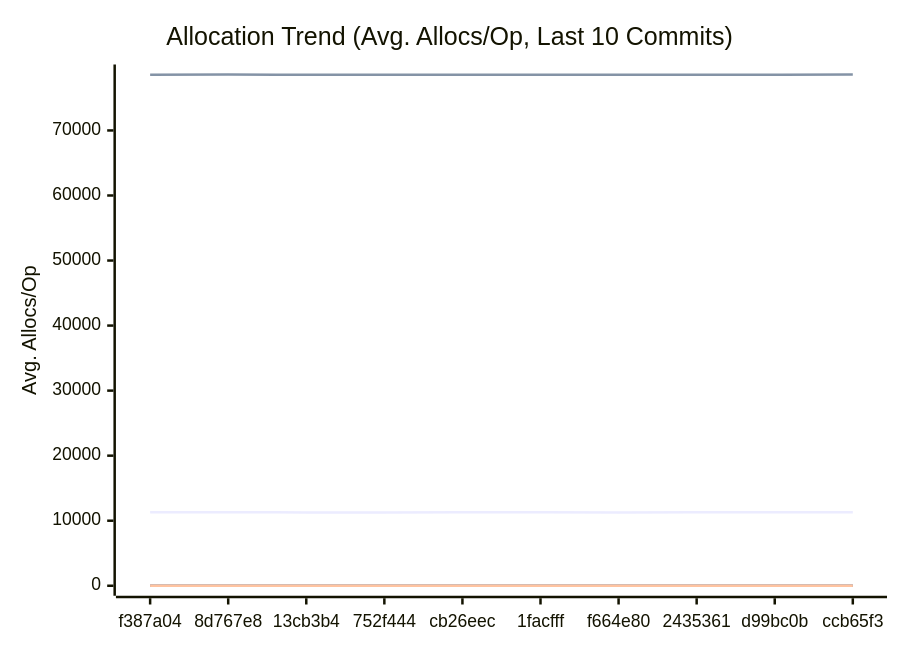
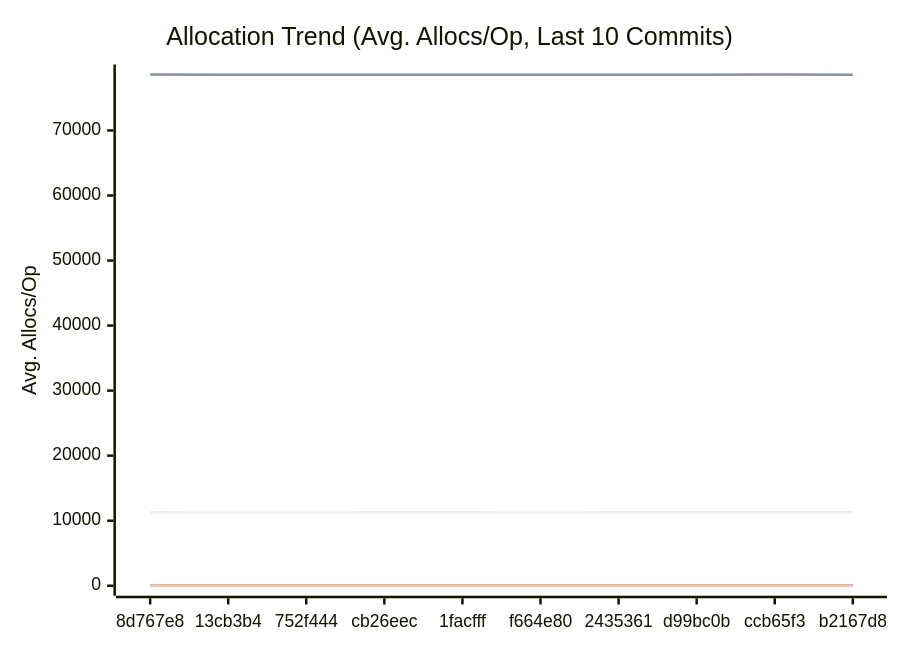
Before and after one commit to alsotoes/momo: the third of 3 diagrams in docs/PERFORMANCE.md, drawn with Mermaid. The commit also changed other lines of this file and 4 other files, not shown here.

````diff
--- a/docs/PERFORMANCE.md
+++ b/docs/PERFORMANCE.md
@@ -197,20 +197,20 @@
 ```mermaid
 xychart-beta
     title "Allocation Trend (Avg. Allocs/Op, Last 10 Commits)"
     x-axis "Commit"
     y-axis "Avg. Allocs/Op"
-    x-axis [f387a04,8d767e8,13cb3b4,752f444,cb26eec,1facfff,f664e80,2435361,d99bc0b,ccb65f3]
-    line "AWSChunkedReaderSigned" [11317,11297,11272,11275,11298,11308,11270,11298,11294,11296]
-    line "AWSChunkedReaderUnsigned" [78578,78602,78562,78568,78562,78579,78560,78566,78574,78587]
+    x-axis [8d767e8,13cb3b4,752f444,cb26eec,1facfff,f664e80,2435361,d99bc0b,ccb65f3,b2167d8]
+    line "AWSChunkedReaderSigned" [11297,11272,11275,11298,11308,11270,11298,11294,11296,11294]
+    line "AWSChunkedReaderUnsigned" [78602,78562,78568,78562,78579,78560,78566,78574,78587,78561]
     line "CheckMetricsAndSwap" [0,0,0,0,0,0,0,0,0,0]
     line "CrushOptimized" [0,0,0,0,0,0,0,0,0,0]
     line "CrushOriginal" [3,3,3,3,3,3,3,3,3,3]
     line "IndexDirectTracking" [0,0,0,0,0,0,0,0,0,0]
     line "IndexSearch" [0,0,0,0,0,0,0,0,0,0]
     line "LoadGlobalConfig" [54,54,54,54,54,54,54,54,54,54]
     line "PadString" [1,1,1,1,1,1,1,1,1,1]
     line "ParseReplicationOrder_NoPrealloc" [6,6,6,6,6,5,5,5,5,5]
     line "ParseReplicationOrder_Prealloc" [2,2,2,2,2,1,1,1,1,1]
     line "SanitizeLog/Safe" [0,0,0,0,0,0,0,0,0,0]
     line "SanitizeLog/Unsafe" [1,1,1,1,1,1,1,1,1,1]
 ```
````
